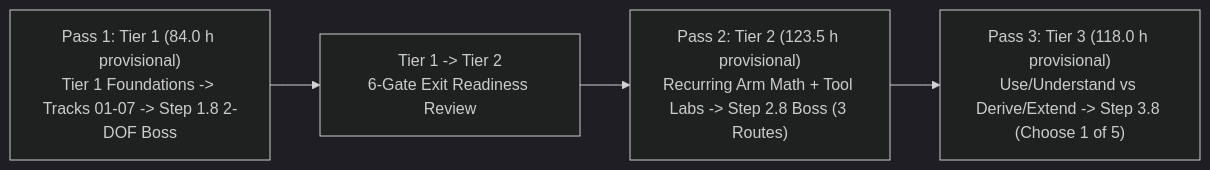
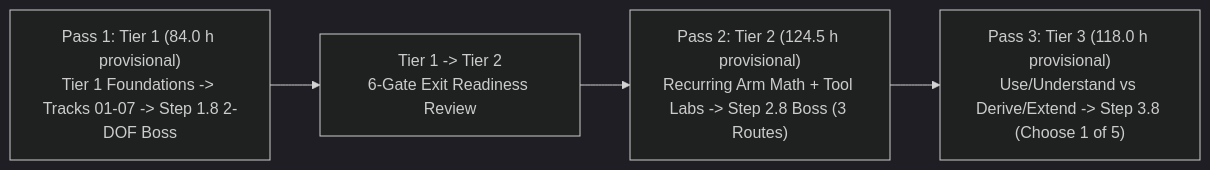
Before and after one commit to TLE47/Mechatronics-Roadmap: the diagram in docs/SYLLABUS.md, drawn with Mermaid (dark theme). The commit also changed other lines of this file and 100 other files, not shown here.

````diff
--- a/docs/SYLLABUS.md
+++ b/docs/SYLLABUS.md
@@ -51,6 +51,6 @@
 ```mermaid
 flowchart LR
     T1["Pass 1: Tier 1 (84.0 h provisional)<br/>Tier 1 Foundations -> Tracks 01-07 -> Step 1.8 2-DOF Boss"] --> EXIT["Tier 1 -> Tier 2<br/>6-Gate Exit Readiness Review"]
-    EXIT --> T2["Pass 2: Tier 2 (123.5 h provisional)<br/>Recurring Arm Math + Tool Labs -> Step 2.8 Boss (3 Routes)"]
+    EXIT --> T2["Pass 2: Tier 2 (124.5 h provisional)<br/>Recurring Arm Math + Tool Labs -> Step 2.8 Boss (3 Routes)"]
     T2 --> T3["Pass 3: Tier 3 (118.0 h provisional)<br/>Use/Understand vs Derive/Extend -> Step 3.8 (Choose 1 of 5)"]
 ```
````
